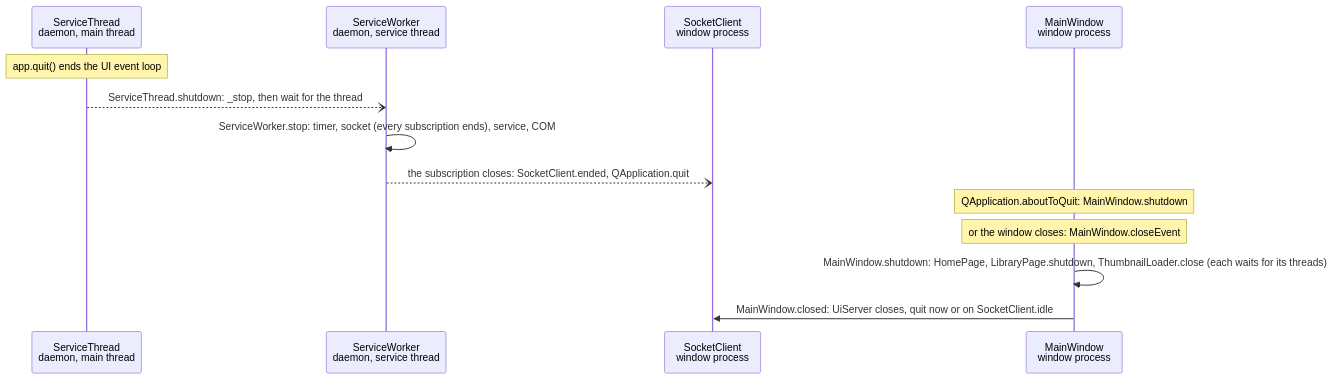
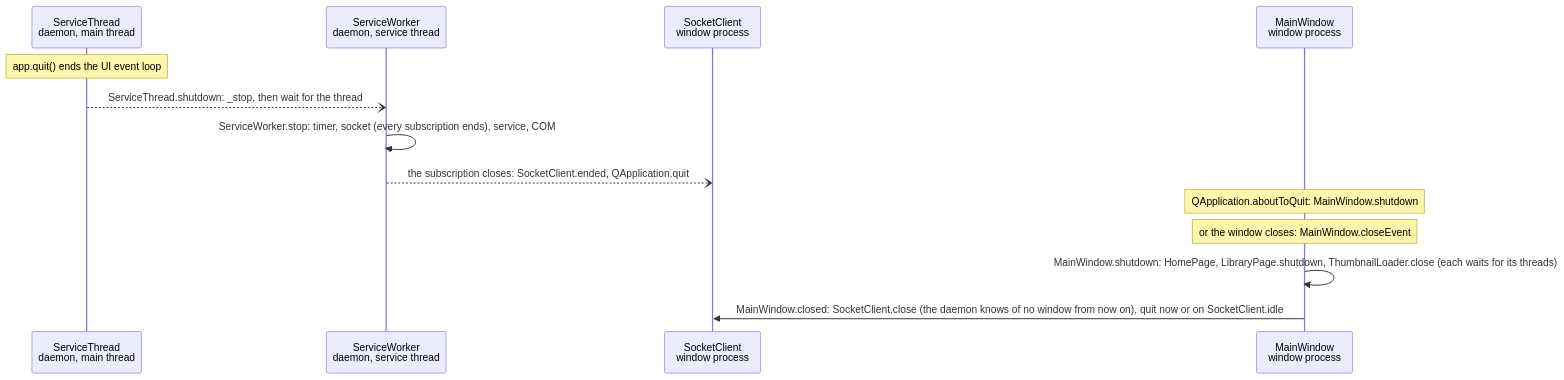
Diagram 11 of 11 in docs/app-wiring.md (cheshire0xff/wallpaper_py), drawn with Mermaid before and after one commit. The commit also changed other lines of this file and 27 other files, not shown here.

````diff
--- a/docs/app-wiring.md
+++ b/docs/app-wiring.md
@@ -254,16 +275,16 @@
 ```mermaid
 sequenceDiagram
     participant H as ServiceThread<br/>daemon, main thread
     participant W as ServiceWorker<br/>daemon, service thread
     participant C as SocketClient<br/>window process
     participant M as MainWindow<br/>window process
 
     Note over H: app.quit() ends the UI event loop
     H--)W: ServiceThread.shutdown: _stop, then wait for the thread
     W->>W: ServiceWorker.stop: timer, socket (every subscription ends), service, COM
     W--)C: the subscription closes: SocketClient.ended, QApplication.quit
     Note over M: QApplication.aboutToQuit: MainWindow.shutdown
     Note over M: or the window closes: MainWindow.closeEvent
     M->>M: MainWindow.shutdown: HomePage, LibraryPage.shutdown, ThumbnailLoader.close (each waits for its threads)
-    M->>C: MainWindow.closed: UiServer closes, quit now or on SocketClient.idle
+    M->>C: MainWindow.closed: SocketClient.close (the daemon knows of no window from now on), quit now or on SocketClient.idle
 ```
````
